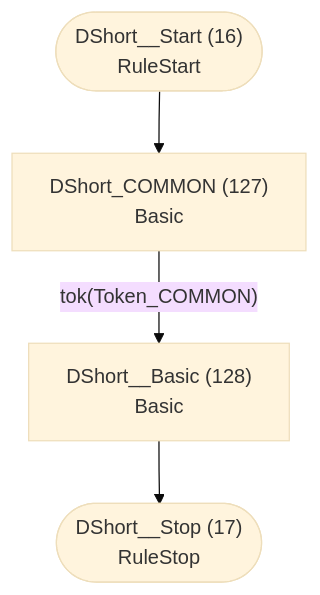
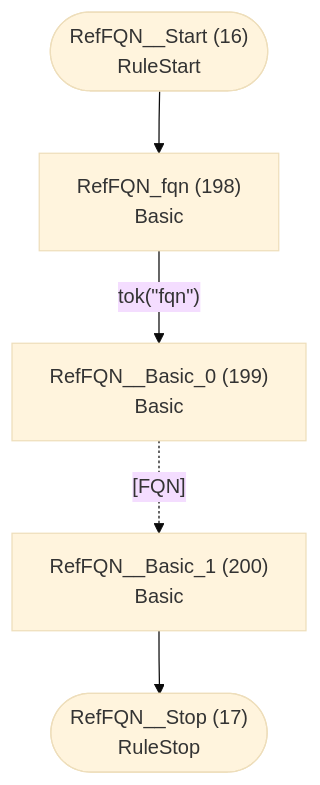
One commit to TypeFox/fastbelt changed the ninth of 46 diagrams in internal/languages/completion/atn.md. Above: the diagram before and after it, drawn with Mermaid (base theme). The commit also changed other lines of this file and 58 other files, not shown here.

````diff
--- a/internal/languages/completion/atn.md
+++ b/internal/languages/completion/atn.md
@@ -268,11 +331,13 @@
 ```mermaid
 flowchart TD
-    q16(["DShort__Start (16)<br/>RuleStart"])
-    q17(["DShort__Stop (17)<br/>RuleStop"])
-    q127["DShort_COMMON (127)<br/>Basic<br/>"]
-    q128["DShort__Basic (128)<br/>Basic<br/>"]
+    q16(["RefFQN__Start (16)<br/>RuleStart"])
+    q17(["RefFQN__Stop (17)<br/>RuleStop"])
+    q198["RefFQN_fqn (198)<br/>Basic<br/>"]
+    q199["RefFQN__Basic_0 (199)<br/>Basic<br/>"]
+    q200["RefFQN__Basic_1 (200)<br/>Basic<br/>"]
 
-    q16 --> q127
-    q127 -->|"tok(Token_COMMON)"| q128
-    q128 --> q17
+    q16 --> q198
+    q198 -->|"tok(&quot;fqn&quot;)"| q199
+    q199 -.->|"[FQN]"| q200
+    q200 --> q17
 ```
````
